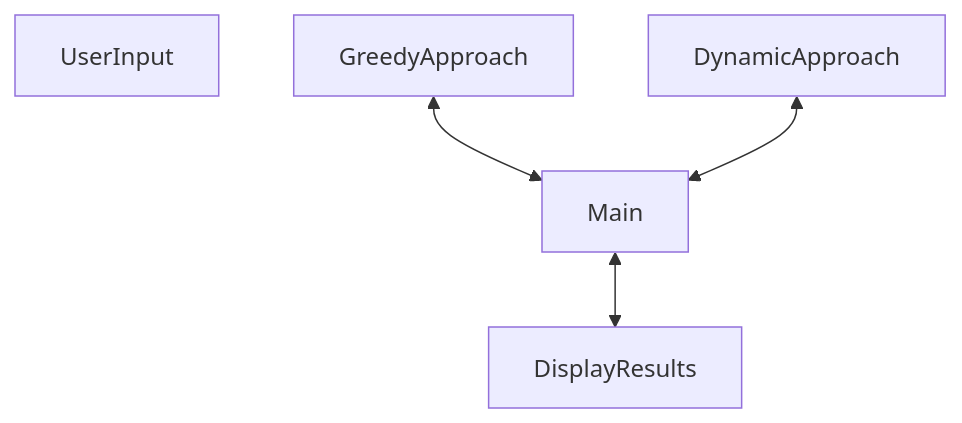
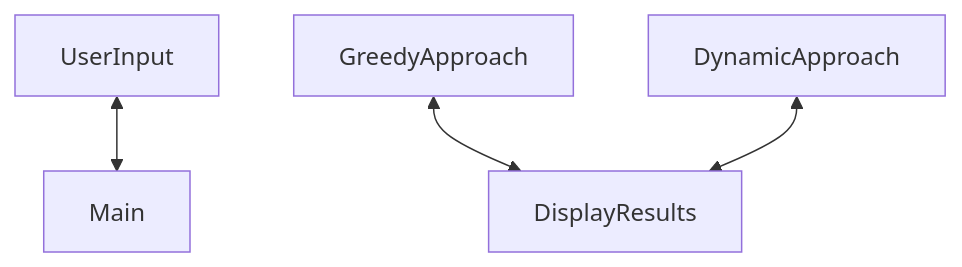
Before and after one commit to SamHammami/COMP318_Proj3: the diagram in README.md, drawn with Mermaid. The commit also changed 1 other file, not shown here.

Commit message:
saturday update 11:28pm README

````diff
--- a/README.md
+++ b/README.md
@@ -25,7 +25,6 @@
  ```mermaid
 graph TD;
-    UserInput;
-    GreedyApproach<-->Main;
-    DynamicApproach<-->Main;
-    Main<-->DisplayResults;
+    UserInput<--> Main;
+    GreedyApproach<-->DisplayResults;
+    DynamicApproach<-->DisplayResults;
 ```
````
